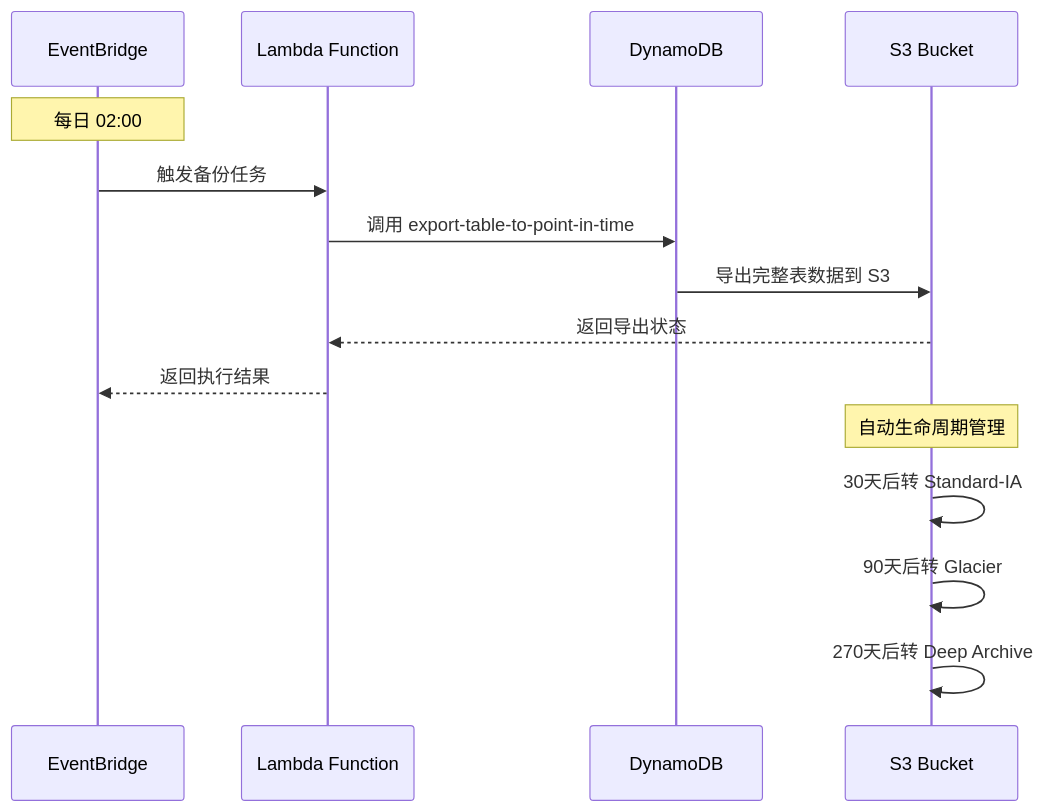
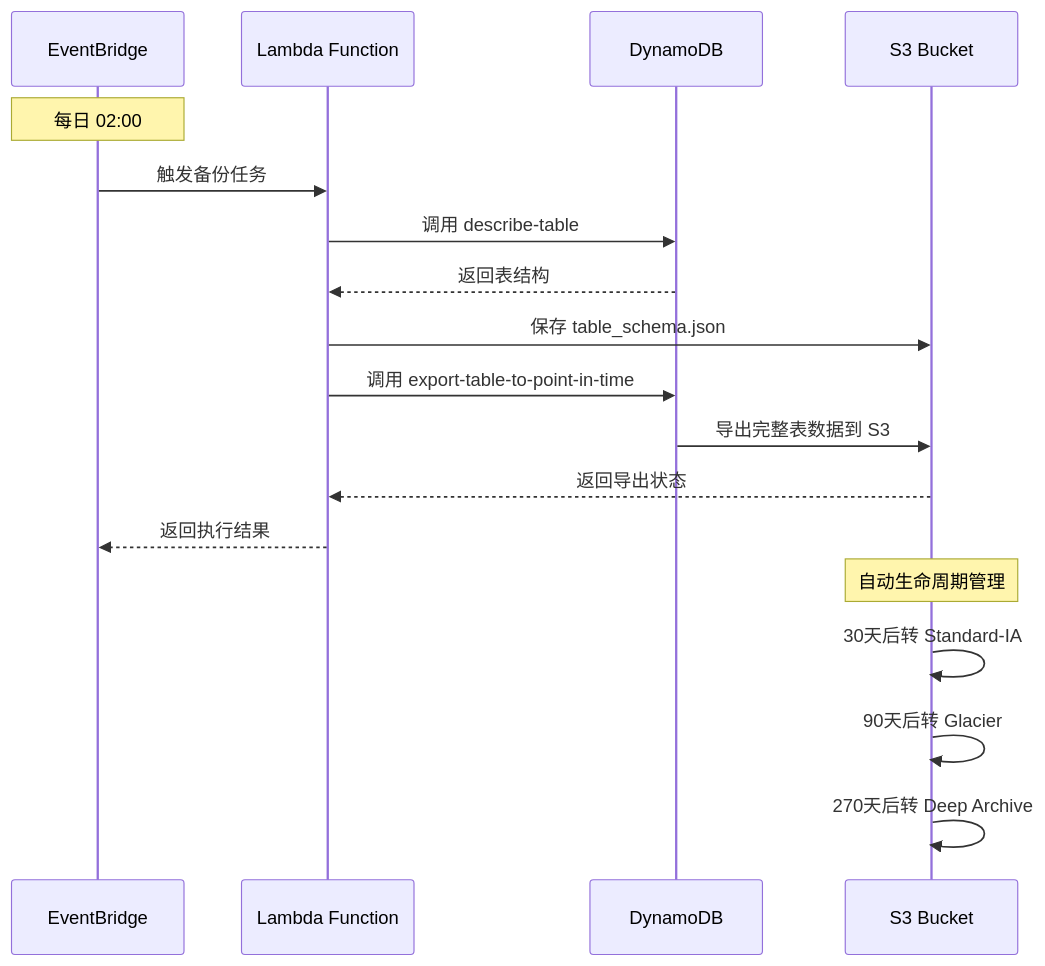
Before and after one commit to ddpie/dynamodb-cross-region-s3-backup: the second of 4 diagrams in README.md, drawn with Mermaid.

Commit message:
docs: 更新备份流程图，添加表结构备份步骤

````diff
--- a/README.md
+++ b/README.md
@@ -44,19 +44,22 @@
 ```mermaid
 sequenceDiagram
     participant EB as EventBridge
     participant LF as Lambda Function
     participant DDB as DynamoDB
     participant S3 as S3 Bucket
     
     Note over EB: 每日 02:00
     EB->>LF: 触发备份任务
+    LF->>DDB: 调用 describe-table
+    DDB-->>LF: 返回表结构
+    LF->>S3: 保存 table_schema.json
     LF->>DDB: 调用 export-table-to-point-in-time
     DDB->>S3: 导出完整表数据到 S3
     S3-->>LF: 返回导出状态
     LF-->>EB: 返回执行结果
     
     Note over S3: 自动生命周期管理
     S3->>S3: 30天后转 Standard-IA
     S3->>S3: 90天后转 Glacier
     S3->>S3: 270天后转 Deep Archive
 ```
````
